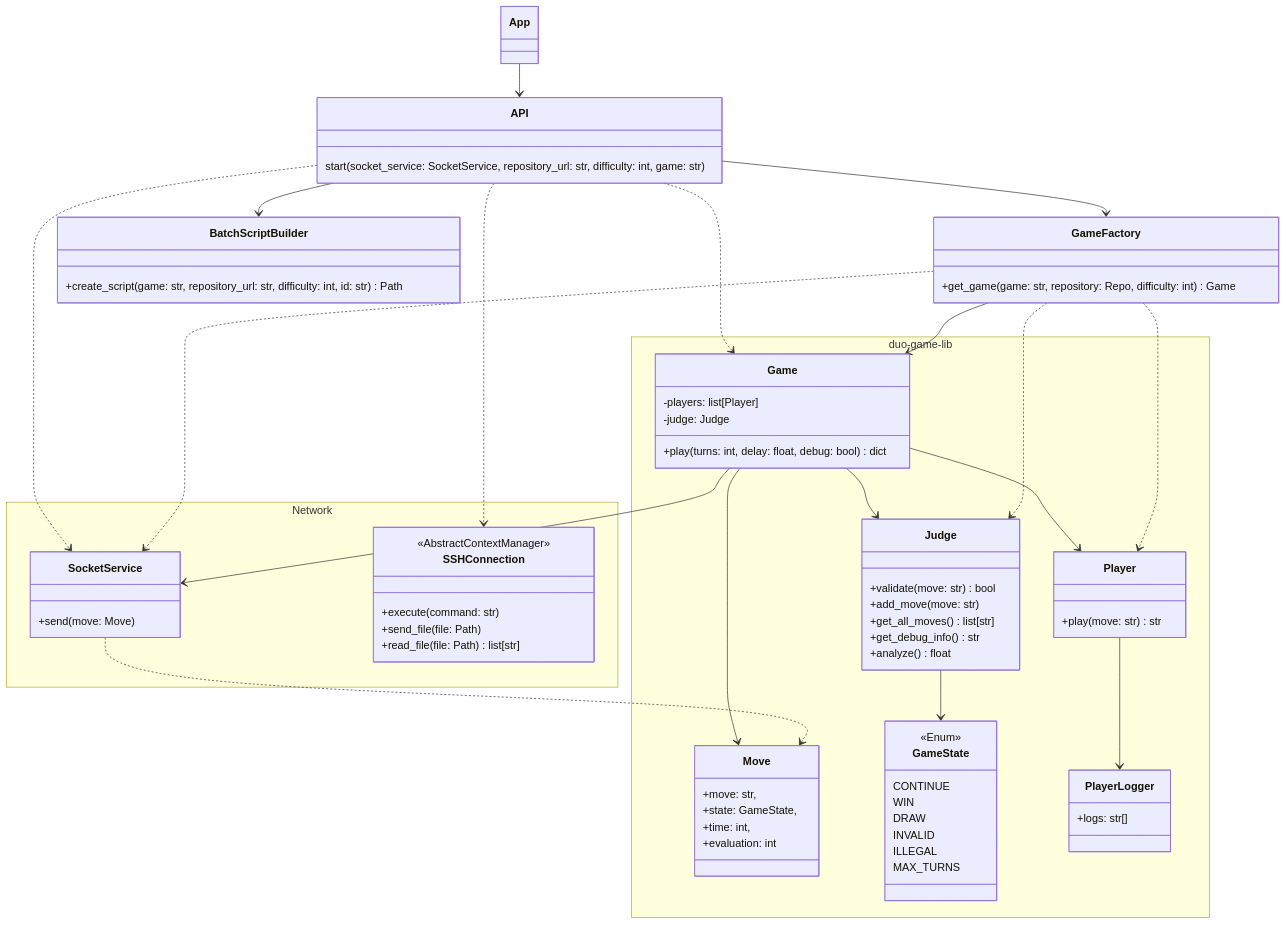
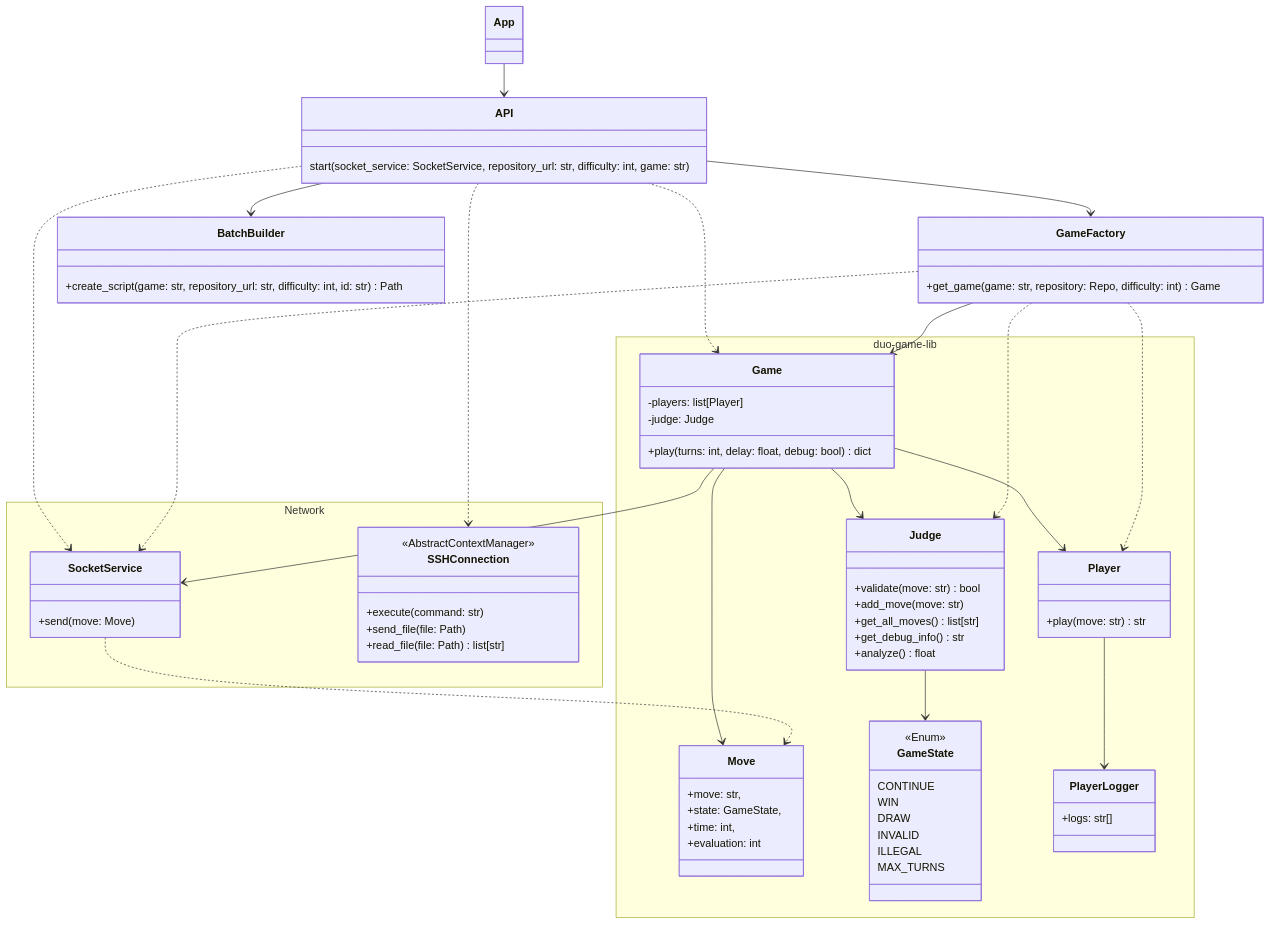
The third of 5 diagrams in docs/architecture.md (game-ai-platform-team/tira-ai-platform), drawn with Mermaid before and after one commit. The commit also changed other lines of this file and 2 other files, not shown here.

Commit message:
refactor(#111): Rename BatchScriptBuilder to BatchBuilder

```diff
--- a/docs/architecture.md
+++ b/docs/architecture.md
@@ -111,7 +111,7 @@
 API --> GameFactory
 API ..> SocketService
 API ..> SSHConnection
-API --> BatchScriptBuilder
+API --> BatchBuilder
 
 Game --> Player
 Game --> Judge
@@ -134,7 +134,7 @@
     +get_game(game: str, repository: Repo, difficulty: int) Game
 }
 
-class BatchScriptBuilder {
+class BatchBuilder {
     +create_script(game: str, repository_url: str, difficulty: int, id: str) Path
 }
 
```
